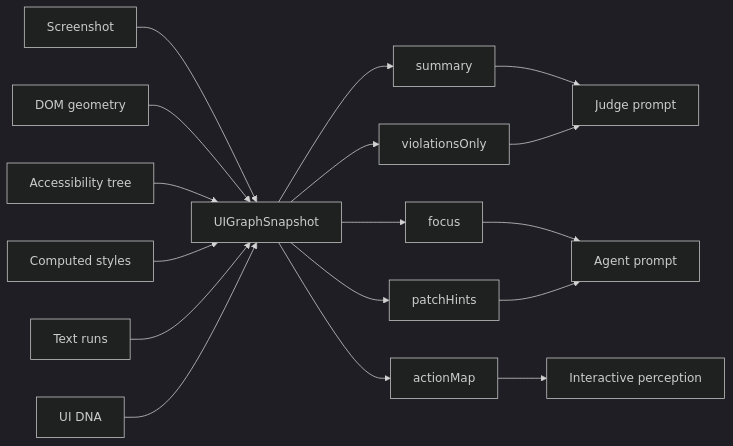
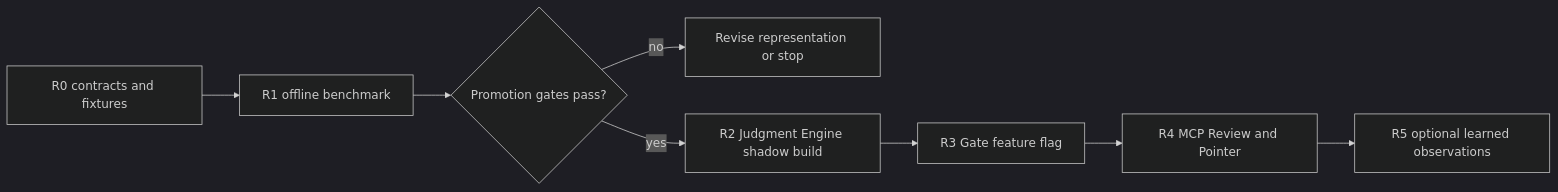
Diagram 13 of 14 in ARCHITECTURE.md (apatureai/lattice), drawn with Mermaid (dark theme) before and after one commit. The commit also changed other lines of this file and 11 other files, not shown here.

Commit message:
Strengthen UI Graph architecture specification (#1)

````diff
--- a/ARCHITECTURE.md
+++ b/ARCHITECTURE.md
@@ -145,19 +449,10 @@
 ```mermaid
 flowchart LR
-  A["Screenshot"] --> G["UIGraphSnapshot"]
-  B["DOM geometry"] --> G
-  C["Accessibility tree"] --> G
-  D["Computed styles"] --> G
-  E["Text runs"] --> G
-  F["UI DNA"] --> G
-  G --> H["summary"]
-  G --> I["violationsOnly"]
-  G --> J["focus"]
-  G --> K["actionMap"]
-  G --> L["patchHints"]
-  H --> M["Judge prompt"]
-  I --> M
-  J --> N["Agent prompt"]
-  L --> N
-  K --> O["Interactive perception"]
+  A["R0 contracts and fixtures"] --> B["R1 offline benchmark"]
+  B --> C{"Promotion gates pass?"}
+  C -- "no" --> D["Revise representation or stop"]
+  C -- "yes" --> E["R2 Judgment Engine shadow build"]
+  E --> F["R3 Gate feature flag"]
+  F --> G["R4 MCP Review and Pointer"]
+  G --> H["R5 optional learned observations"]
 ```
````
